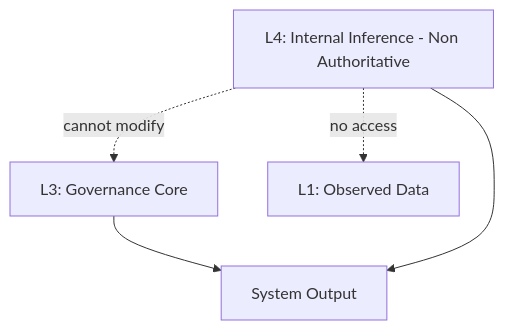
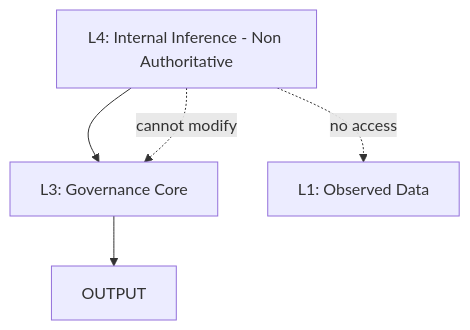
One commit to GeneralSergal/ORP changed the second of 5 diagrams in README.md. Above: the diagram before and after it, drawn with Mermaid. The commit also changed other lines of this file, not shown here.

````diff
--- a/README.md
+++ b/README.md
@@ -65,8 +52,12 @@
 ```mermaid
 flowchart TD
-    L3[L3: Governance Core] --> OUT[System Output]
-    L4[L4: Internal Inference - Non Authoritative] --> OUT
+    L4[L4: Internal Inference - Non Authoritative]
+    L3[L3: Governance Core]
+    OUT[OUTPUT]
+
+    L4 --> L3
+    L3 --> OUT
 
     L4 -. cannot modify .-> L3
     L4 -. no access .-> L1[L1: Observed Data]
 ```
````
